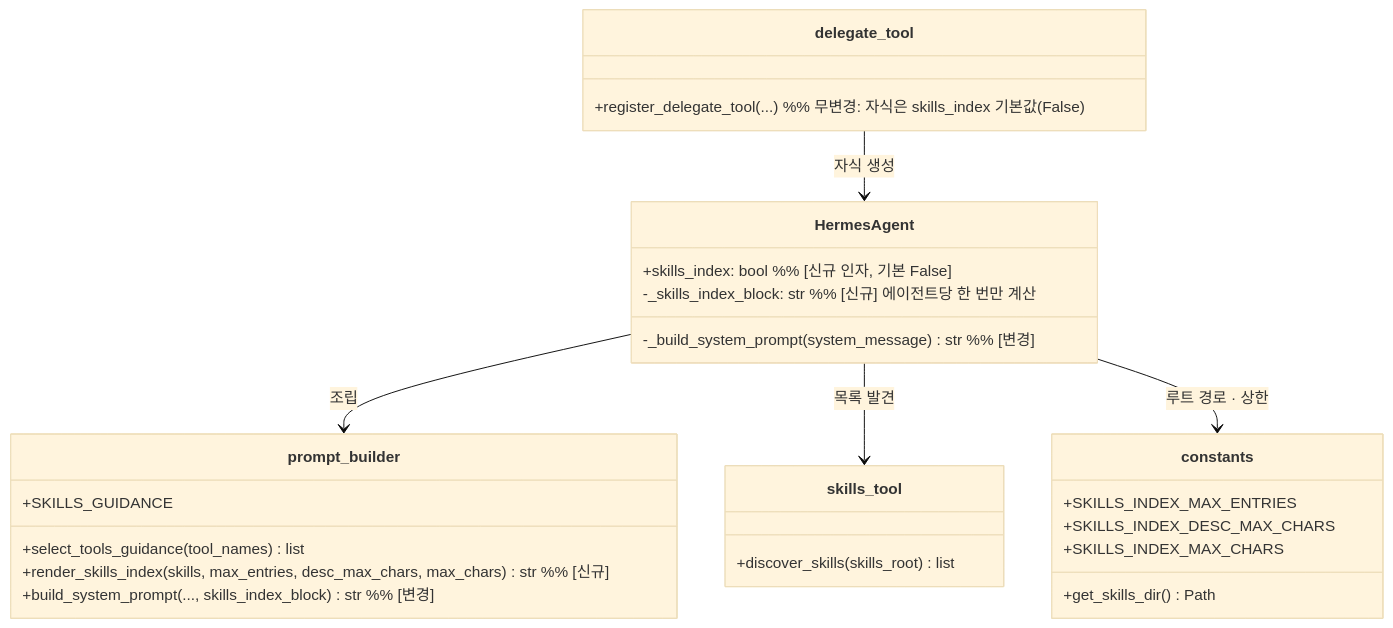
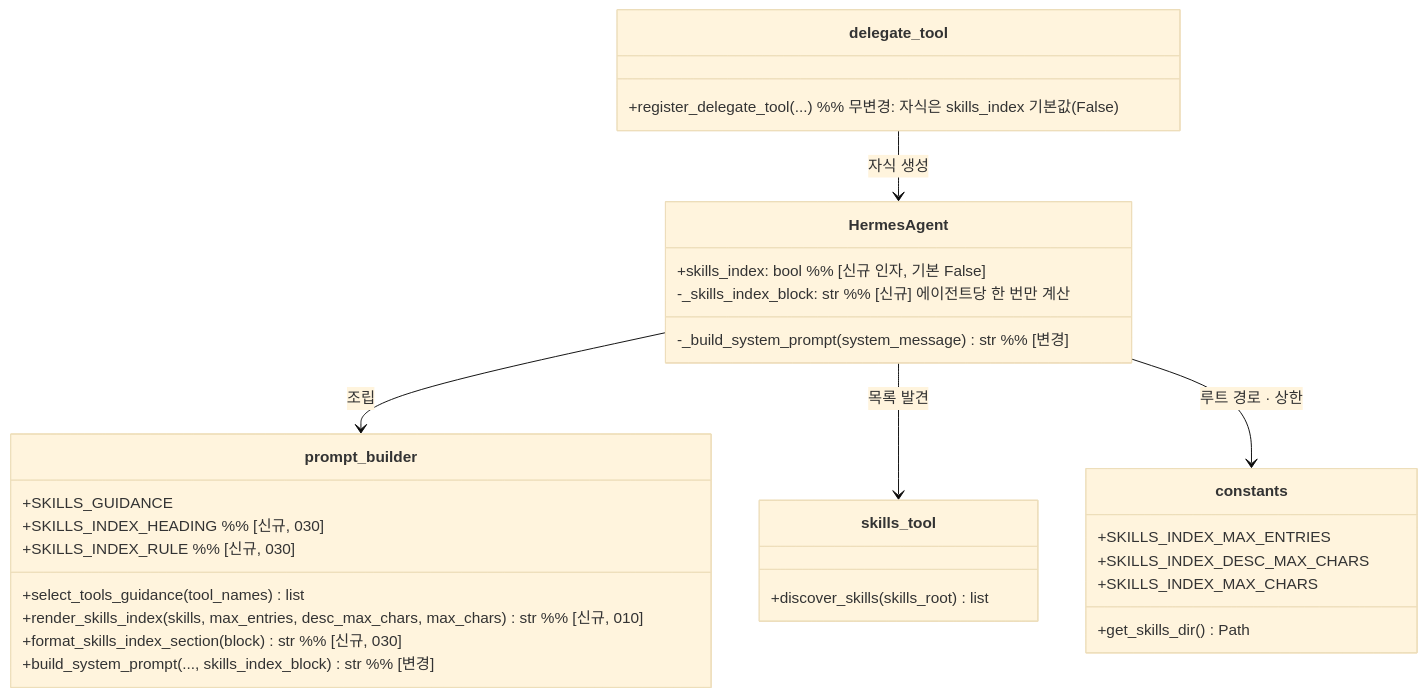
Before and after one commit to RadiantCitron/hermes-agent-study: the second of 4 diagrams in docs/로드맵/08-스킬-인덱스-주입-MVP/ROADMAP.md, drawn with Mermaid (base theme). The commit also changed other lines of this file, not shown here.

First line of the commit message:
docs(roadmap): R08-PLAN - ROADMAP 도해에 030 확정 이름 반영 (재점검 B)

````diff
--- a/docs/로드맵/08-스킬-인덱스-주입-MVP/ROADMAP.md
+++ b/docs/로드맵/08-스킬-인덱스-주입-MVP/ROADMAP.md
@@ -61,30 +63,33 @@
 ```mermaid
 classDiagram
   class HermesAgent {
     +skills_index: bool  %% [신규 인자, 기본 False]
     -_skills_index_block: str  %% [신규] 에이전트당 한 번만 계산
     -_build_system_prompt(system_message) str  %% [변경]
   }
   class prompt_builder {
     +SKILLS_GUIDANCE
     +select_tools_guidance(tool_names) list
-    +render_skills_index(skills, max_entries, desc_max_chars, max_chars) str  %% [신규]
+    +SKILLS_INDEX_HEADING  %% [신규, 030]
+    +SKILLS_INDEX_RULE  %% [신규, 030]
+    +render_skills_index(skills, max_entries, desc_max_chars, max_chars) str  %% [신규, 010]
+    +format_skills_index_section(block) str  %% [신규, 030]
     +build_system_prompt(..., skills_index_block) str  %% [변경]
   }
   class skills_tool {
     +discover_skills(skills_root) list
   }
   class constants {
     +get_skills_dir() Path
     +SKILLS_INDEX_MAX_ENTRIES
     +SKILLS_INDEX_DESC_MAX_CHARS
     +SKILLS_INDEX_MAX_CHARS
   }
   class delegate_tool {
     +register_delegate_tool(...)  %% 무변경: 자식은 skills_index 기본값(False)
   }
   HermesAgent --> prompt_builder : 조립
   HermesAgent --> skills_tool : 목록 발견
   HermesAgent --> constants : 루트 경로 · 상한
   delegate_tool --> HermesAgent : 자식 생성
 ```
````
